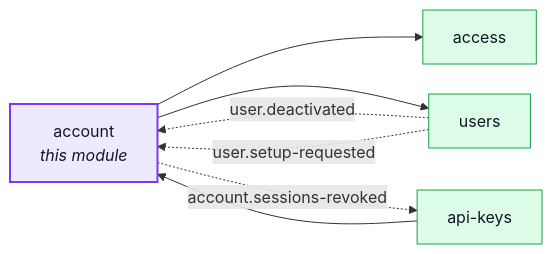
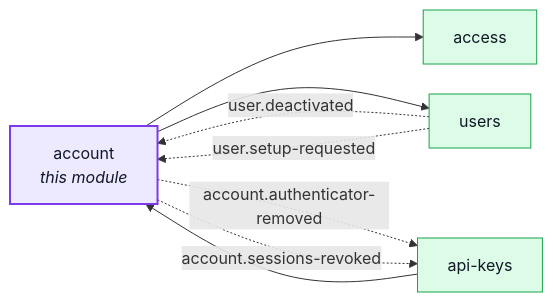
One commit to Guebbit/boilerplate-node-backend changed the first of 5 diagrams in docs/modules/account.md. Above: the diagram before and after it, drawn with Mermaid. The commit also changed 46 other files, not shown here.

````diff
--- a/docs/modules/account.md
+++ b/docs/modules/account.md
@@ -16,22 +16,23 @@
 ```mermaid
 %%{init: {'flowchart': {'nodeSpacing': 30, 'rankSpacing': 60}}}%%
 flowchart LR
     account["account<br/><i>this module</i>"]
     access["access"]
     api_keys["api-keys"]
     users["users"]
 
     api_keys --> account
     account --> access
     account --> users
     users -. "user.deactivated" .-> account
     users -. "user.setup-requested" .-> account
+    account -. "account.authenticator-removed" .-> api_keys
     account -. "account.sessions-revoked" .-> api_keys
 
     classDef core fill:#dbeafe,stroke:#2563eb,color:#111827;
     classDef supporting fill:#fef3c7,stroke:#d97706,color:#111827;
     classDef generic fill:#dcfce7,stroke:#16a34a,color:#111827;
     classDef centre fill:#ede9fe,stroke:#7c3aed,stroke-width:2px,color:#111827;
     class access,api_keys,users generic;
     class account centre;
 ```
````
